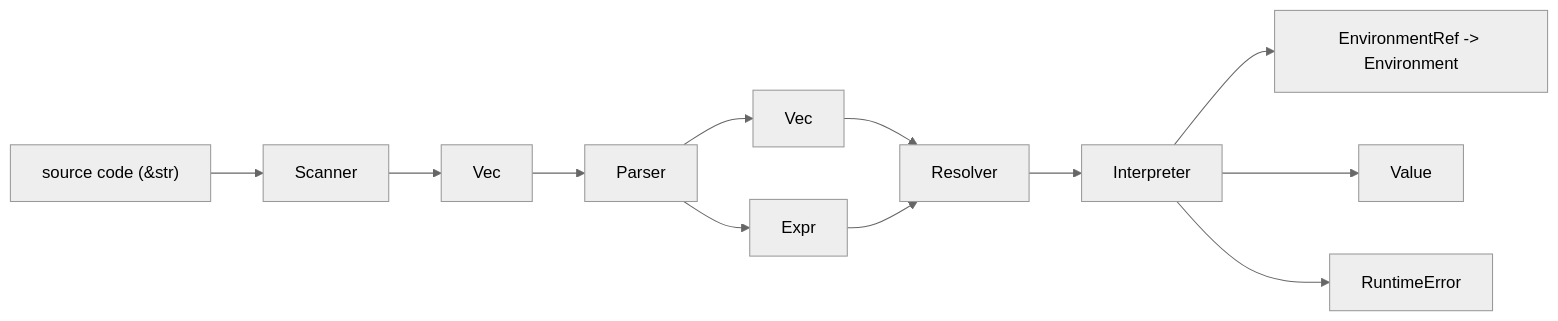
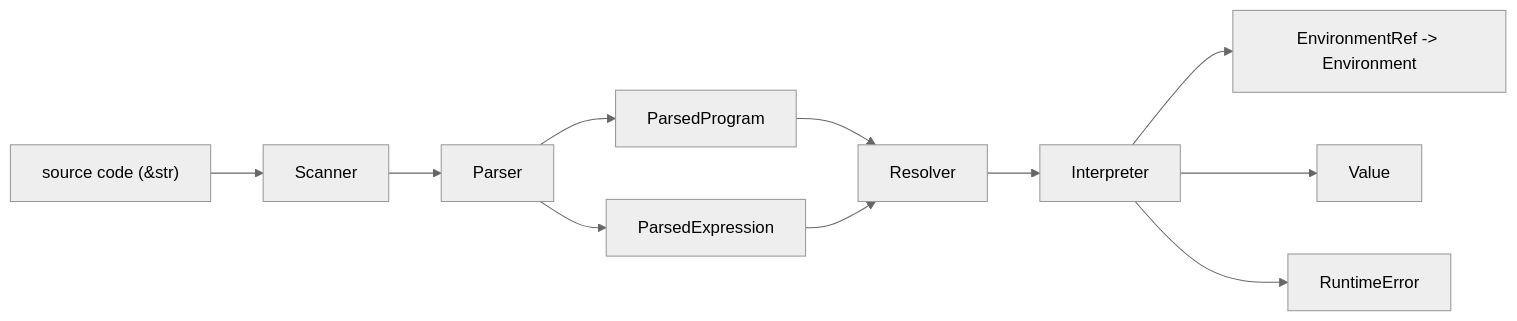
One commit to qingyu21/oxidized-lox changed the first of 2 diagrams in tree-walk/ARCHITECTURE.md. Above: the diagram before and after it, drawn with Mermaid (neutral theme). The commit also changed other lines of this file and 1 other file, not shown here.

````diff
--- a/tree-walk/ARCHITECTURE.md
+++ b/tree-walk/ARCHITECTURE.md
@@ -9,21 +9,20 @@
 ```mermaid
 flowchart LR
     Source["source code (&str)"]
     Scanner["Scanner"]
-    Tokens["Vec<Token>"]
     Parser["Parser"]
-    Program["Vec<Stmt>"]
-    ReplExpr["Expr"]
+    Program["ParsedProgram"]
+    ReplExpr["ParsedExpression"]
     Resolver["Resolver"]
     Interpreter["Interpreter"]
     Env["EnvironmentRef -> Environment"]
     Value["Value"]
     RuntimeError["RuntimeError"]
 
-    Source --> Scanner --> Tokens --> Parser
+    Source --> Scanner --> Parser
     Parser --> Program --> Resolver --> Interpreter
     Parser --> ReplExpr --> Resolver
     Interpreter --> Env
     Interpreter --> Value
     Interpreter --> RuntimeError
 ```
````
